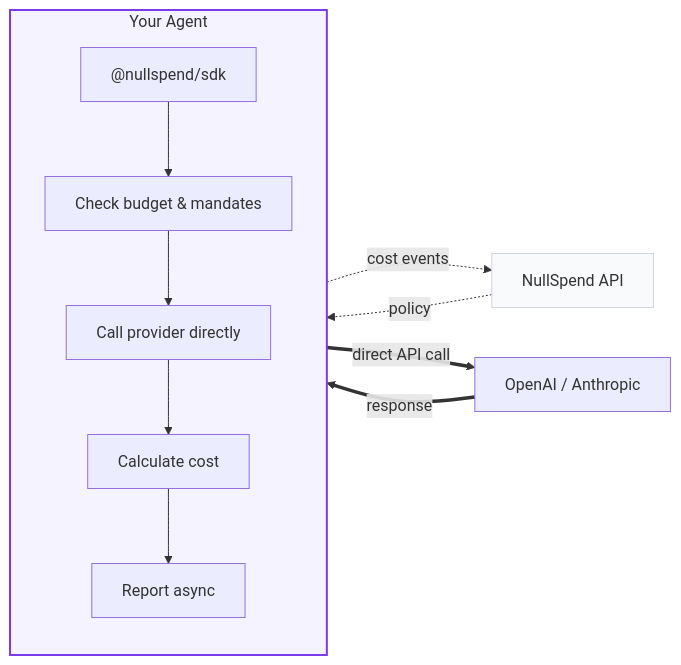
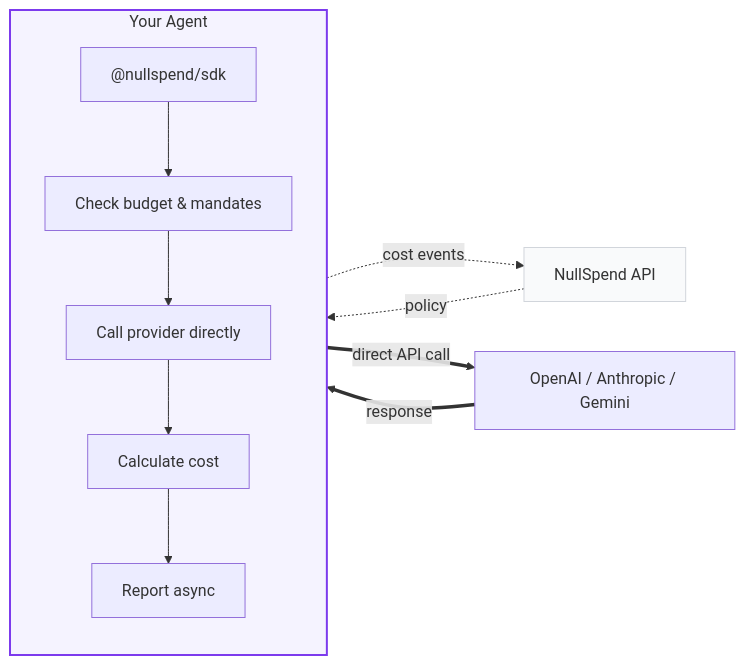
One commit to NullSpend/nullspend changed the second of 2 diagrams in README.md. Above: the diagram before and after it, drawn with Mermaid. The commit also changed other lines of this file and 126 other files, not shown here.

````diff
--- a/README.md
+++ b/README.md
@@ -193,18 +201,18 @@
 ```mermaid
 flowchart LR
     subgraph A["Your Agent"]
         direction TB
         S["@nullspend/sdk"] --> S1["Check budget & mandates"]
         S1 --> S2["Call provider directly"]
         S2 --> S3["Calculate cost"]
         S3 --> S4["Report async"]
     end
 
-    A ==>|"direct API call"| C["OpenAI / Anthropic"]
+    A ==>|"direct API call"| C["OpenAI / Anthropic / Gemini"]
     C ==>|response| A
     S4 -.->|"cost events"| D["NullSpend API"]
     D -.->|"policy"| S
 
     style A fill:#f5f3ff,stroke:#7c3aed,stroke-width:2px
     style D fill:#f9fafb,stroke:#d1d5db
 ```
````
